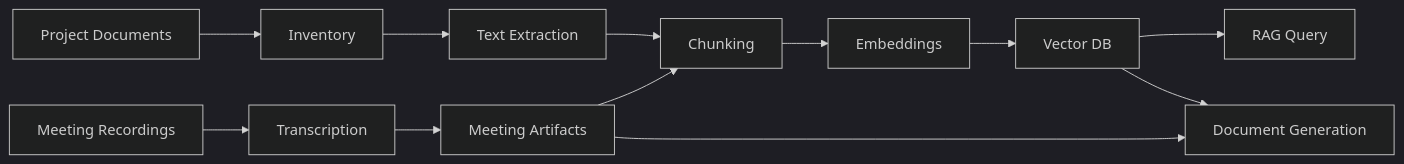
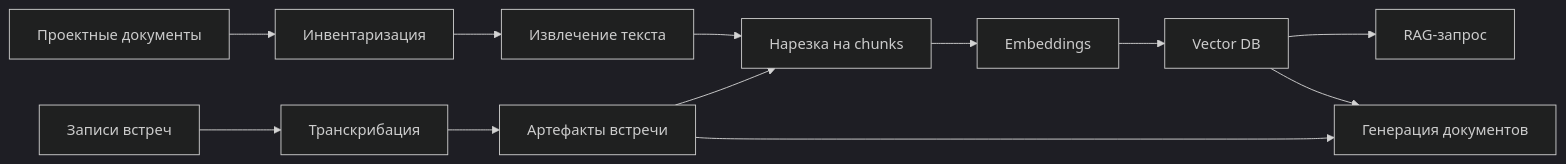
One commit to Anatoliy-Sysoev/MeetingAgent changed the diagram in docs/architecture/ARCHITECTURE.md. Above: the diagram before and after it, drawn with Mermaid (dark theme). The commit also changed other lines of this file and 22 other files, not shown here.

````diff
--- a/docs/architecture/ARCHITECTURE.md
+++ b/docs/architecture/ARCHITECTURE.md
@@ -5,14 +5,14 @@
 ```mermaid
 flowchart LR
-    A["Project Documents"] --> B["Inventory"]
-    B --> C["Text Extraction"]
-    C --> D["Chunking"]
+    A["Проектные документы"] --> B["Инвентаризация"]
+    B --> C["Извлечение текста"]
+    C --> D["Нарезка на chunks"]
     D --> E["Embeddings"]
     E --> F["Vector DB"]
-    G["Meeting Recordings"] --> H["Transcription"]
-    H --> I["Meeting Artifacts"]
+    G["Записи встреч"] --> H["Транскрибация"]
+    H --> I["Артефакты встречи"]
     I --> D
-    F --> J["RAG Query"]
-    F --> K["Document Generation"]
+    F --> J["RAG-запрос"]
+    F --> K["Генерация документов"]
     I --> K
 ```
````
